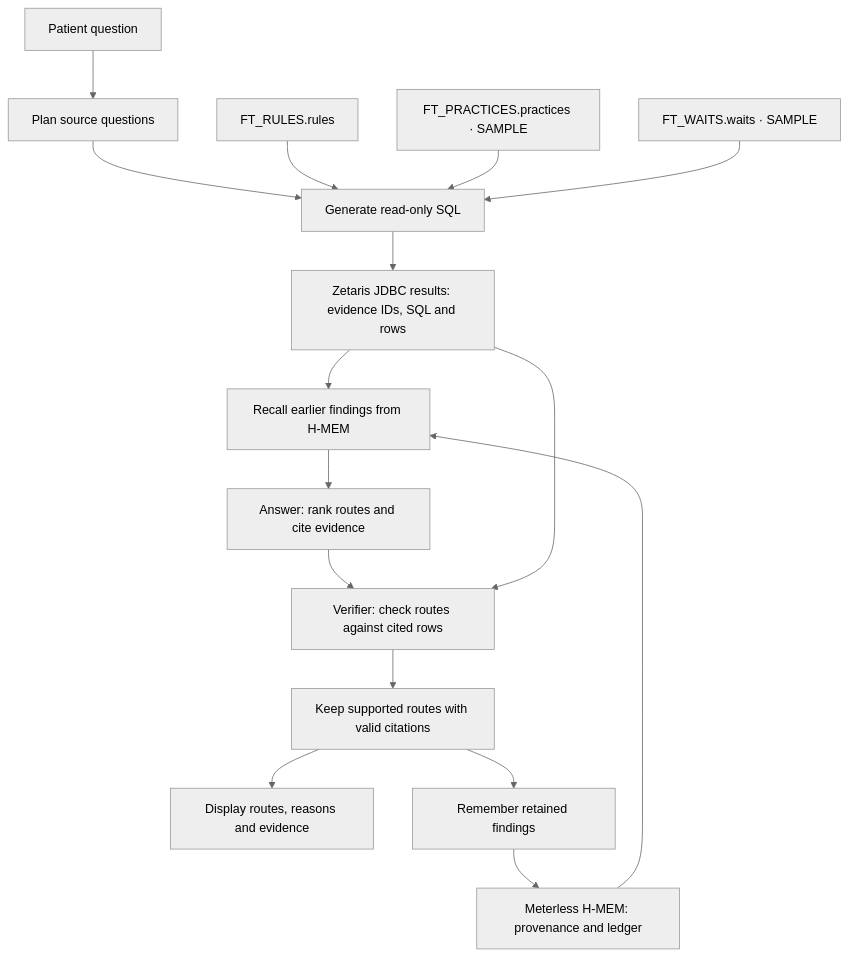
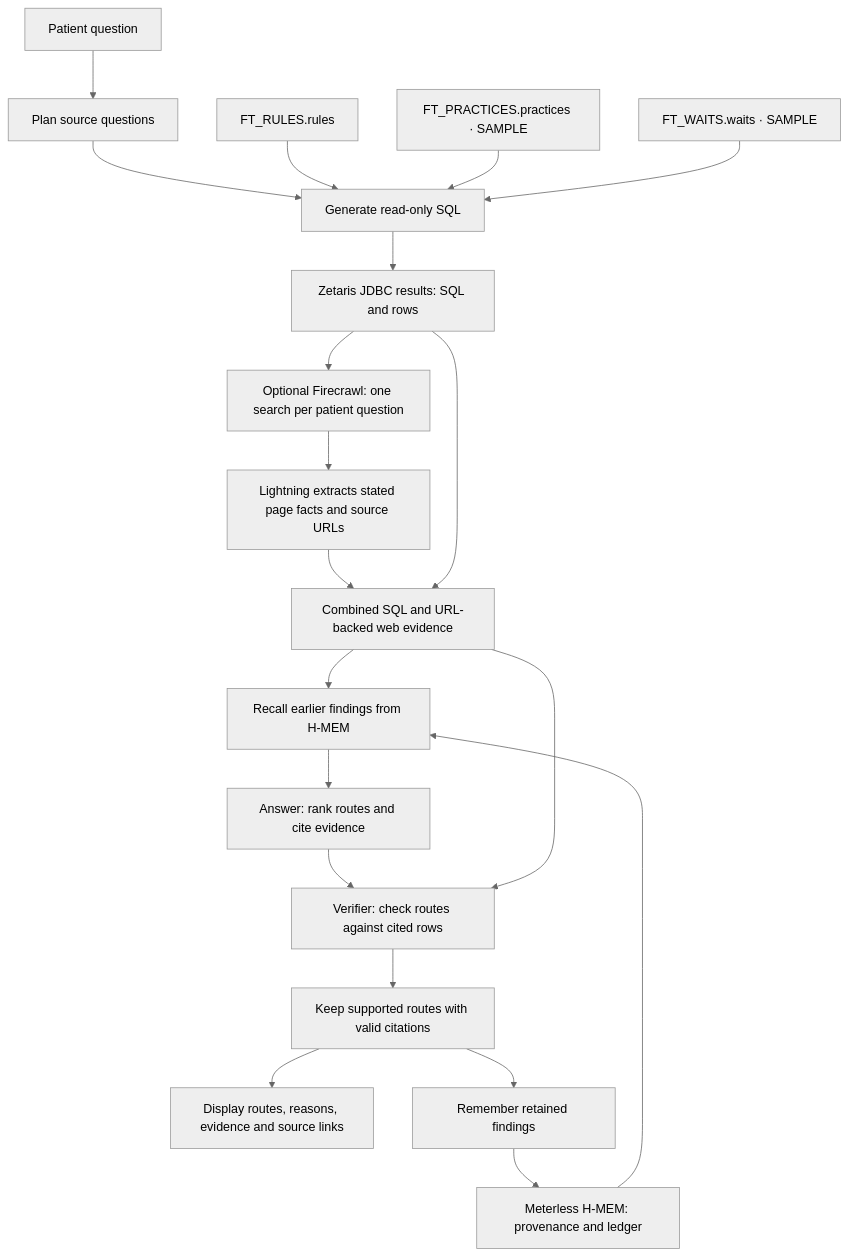
One commit to AndiKrue/fasttrack-termin changed the diagram in README.md. Above: the diagram before and after it, drawn with Mermaid (neutral theme). The commit also changed other lines of this file, not shown here.

Commit message:
docs: document live Firecrawl evidence and source links

````diff
--- a/README.md
+++ b/README.md
@@ -15,18 +15,22 @@
 ```mermaid
 flowchart TD
     Patient["Patient question"] --> Plan["Plan source questions"]
     Plan --> SQL["Generate read-only SQL"]
     Rules["FT_RULES.rules"] --> SQL
     Practices["FT_PRACTICES.practices · SAMPLE"] --> SQL
     Waits["FT_WAITS.waits · SAMPLE"] --> SQL
-    SQL --> Rows["Zetaris JDBC results: evidence IDs, SQL and rows"]
+    SQL --> SQLRows["Zetaris JDBC results: SQL and rows"]
+    SQLRows --> Web["Optional Firecrawl: one search per patient question"]
+    Web --> Extract["Lightning extracts stated page facts and source URLs"]
+    Extract --> Rows["Combined SQL and URL-backed web evidence"]
+    SQLRows --> Rows
     Rows --> Recall["Recall earlier findings from H-MEM"]
     Memory["Meterless H-MEM: provenance and ledger"] --> Recall
     Recall --> Answer["Answer: rank routes and cite evidence"]
     Answer --> Verifier["Verifier: check routes against cited rows"]
     Rows --> Verifier
     Verifier --> Kept["Keep supported routes with valid citations"]
-    Kept --> Result["Display routes, reasons and evidence"]
+    Kept --> Result["Display routes, reasons, evidence and source links"]
     Kept --> Remember["Remember retained findings"]
     Remember --> Memory
 ```
````
